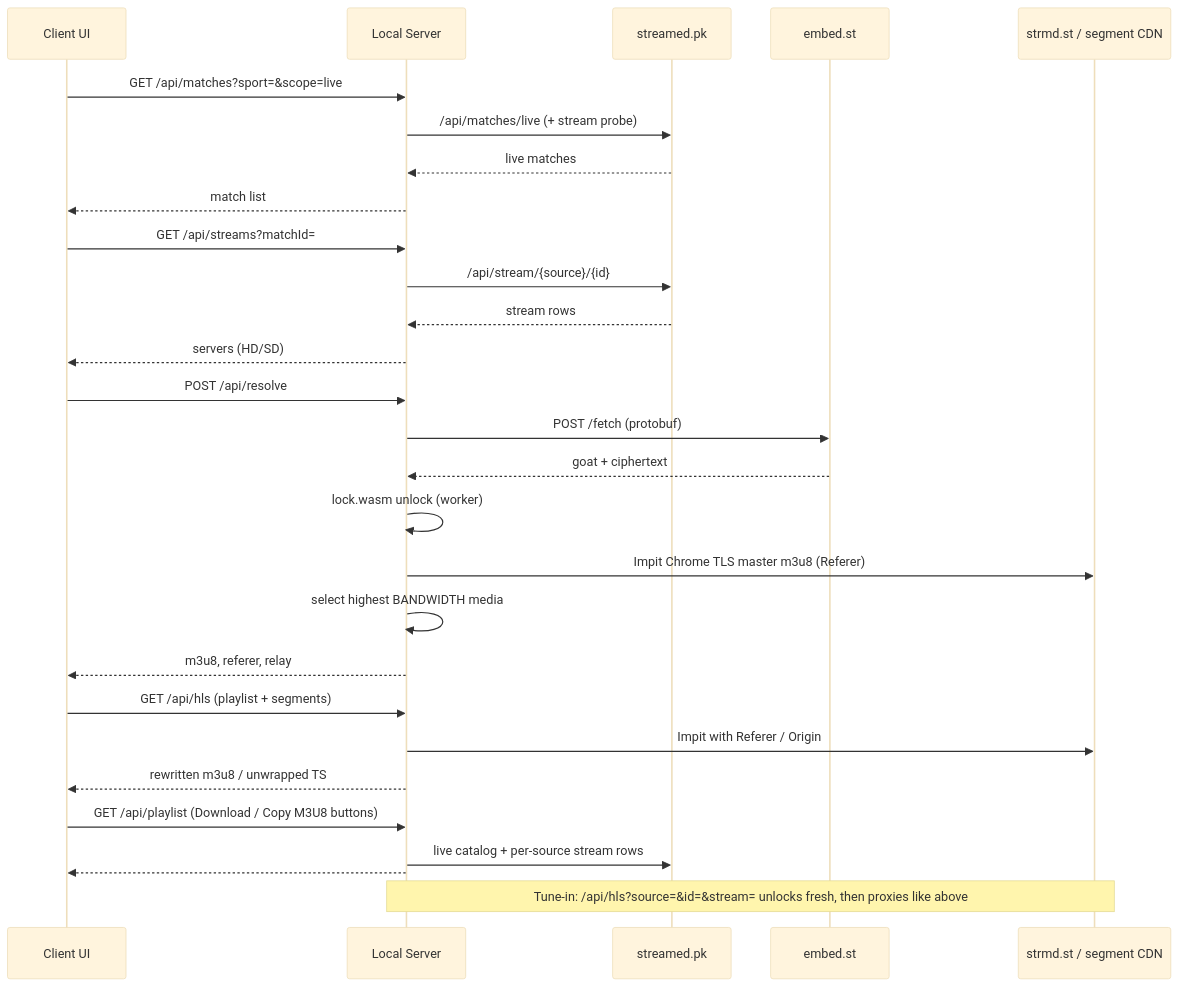
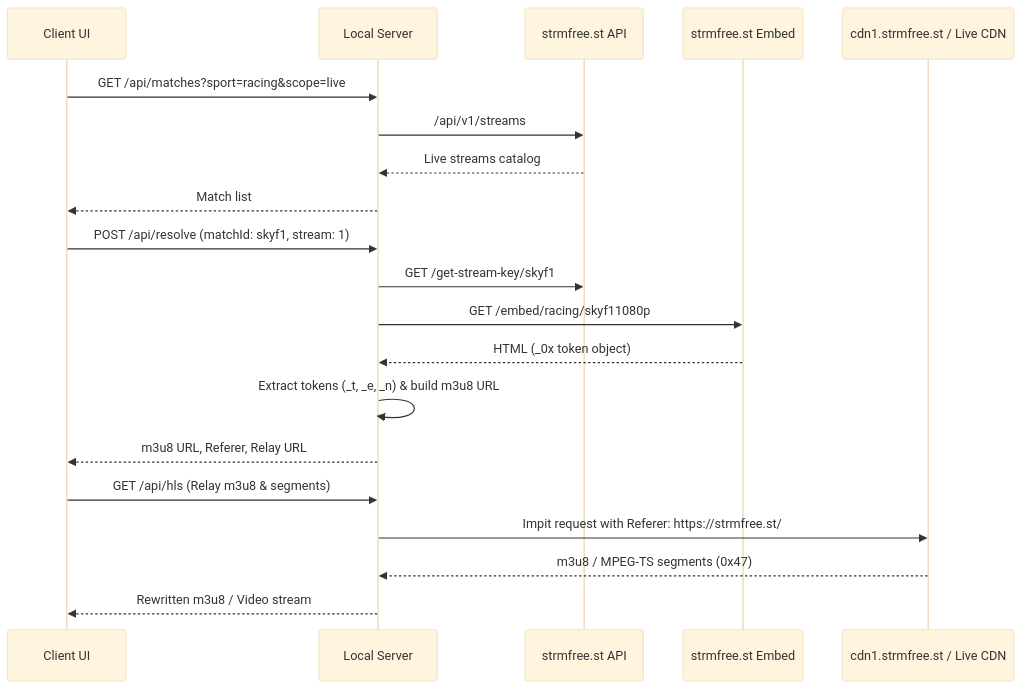
Before and after one commit to JOKERPADDY/streamed-pk-resolver: the diagram in README.md, drawn with Mermaid (base theme). The commit also changed other lines of this file, not shown here.

Commit message:
Update README with strmfree.st resolution and Cloudflare Workers analysis

````diff
--- a/README.md
+++ b/README.md
@@ -191,35 +162,25 @@
 ```mermaid
 sequenceDiagram
   participant UI as Client UI
   participant API as Local Server
-  participant SPK as streamed.pk
-  participant EST as embed.st
-  participant CDN as strmd.st / segment CDN
+  participant SPK as strmfree.st API
+  participant EMB as strmfree.st Embed
+  participant CDN as cdn1.strmfree.st / Live CDN
 
-  UI->>API: GET /api/matches?sport=&scope=live
-  API->>SPK: /api/matches/live (+ stream probe)
-  SPK-->>API: live matches
-  API-->>UI: match list
+  UI->>API: GET /api/matches?sport=racing&scope=live
+  API->>SPK: /api/v1/streams
+  SPK-->>API: Live streams catalog
+  API-->>UI: Match list
 
-  UI->>API: GET /api/streams?matchId=
-  API->>SPK: /api/stream/{source}/{id}
-  SPK-->>API: stream rows
-  API-->>UI: servers (HD/SD)
+  UI->>API: POST /api/resolve (matchId: skyf1, stream: 1)
+  API->>SPK: GET /get-stream-key/skyf1
+  API->>EMB: GET /embed/racing/skyf11080p
+  EMB-->>API: HTML (_0x token object)
+  API->>API: Extract tokens (_t, _e, _n) & build m3u8 URL
+  API-->>UI: m3u8 URL, Referer, Relay URL
 
-  UI->>API: POST /api/resolve
-  API->>EST: POST /fetch (protobuf)
-  EST-->>API: goat + ciphertext
-  API->>API: lock.wasm unlock (worker)
-  API->>CDN: Impit Chrome TLS master m3u8 (Referer)
-  API->>API: select highest BANDWIDTH media
-  API-->>UI: m3u8, referer, relay
-
-  UI->>API: GET /api/hls (playlist + segments)
-  API->>CDN: Impit with Referer / Origin
-  API-->>UI: rewritten m3u8 / unwrapped TS
-
-  UI->>API: GET /api/playlist (Download / Copy M3U8 buttons)
-  API->>SPK: live catalog + per-source stream rows
-  API-->>UI: #EXTM3U with slot-based /api/hls entries
-  Note over API,CDN: Tune-in: /api/hls?source=&id=&stream= unlocks fresh, then proxies like above
+  UI->>API: GET /api/hls (Relay m3u8 & segments)
+  API->>CDN: Impit request with Referer: https://strmfree.st/
+  CDN-->>API: m3u8 / MPEG-TS segments (0x47)
+  API-->>UI: Rewritten m3u8 / Video stream
 ```
````
